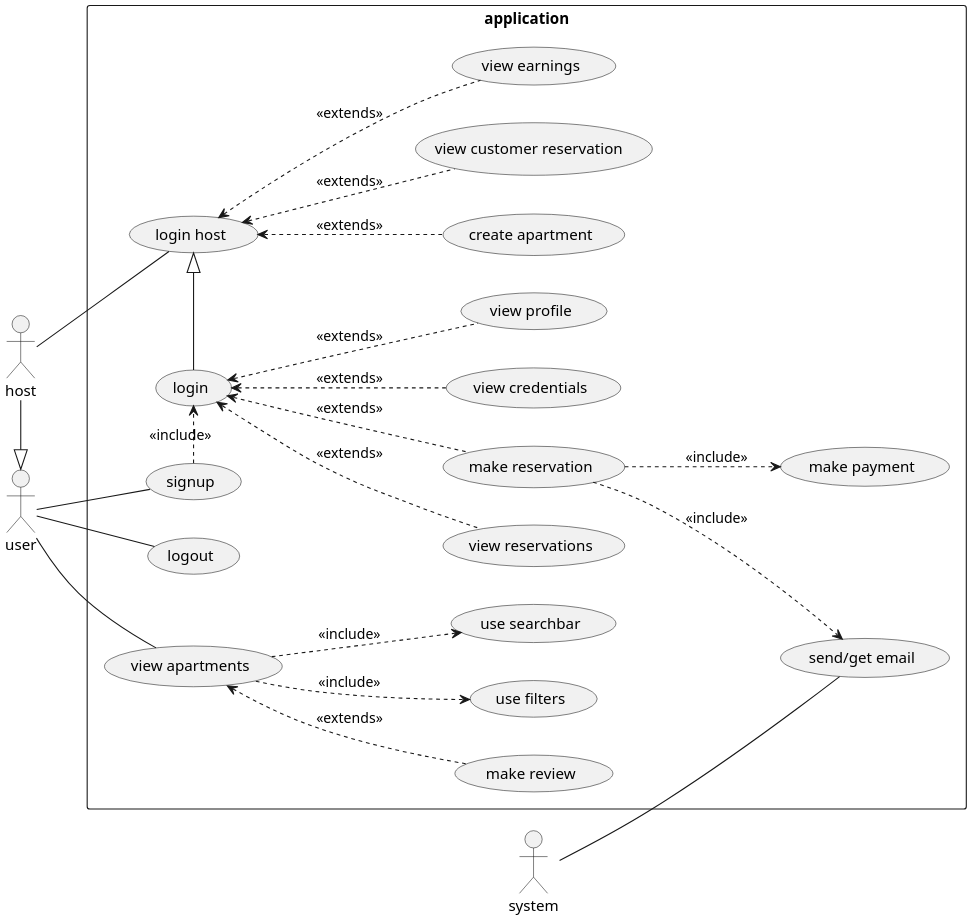
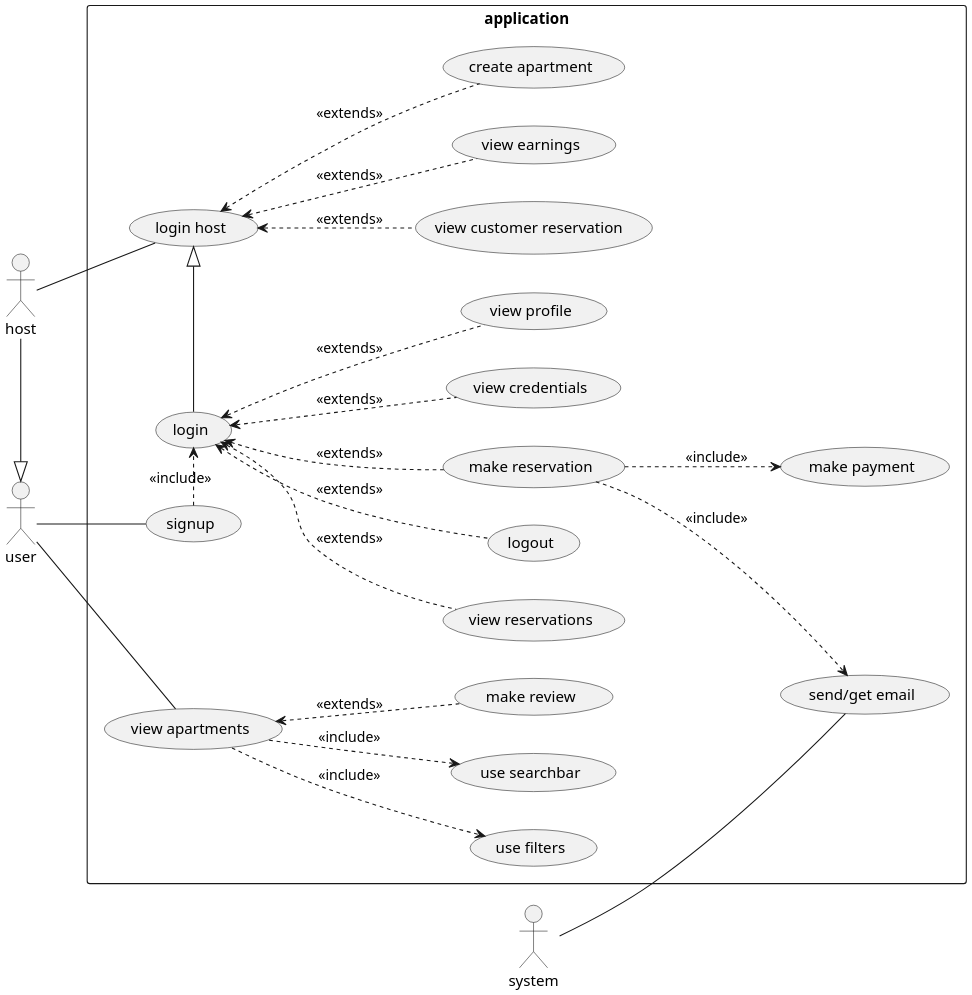
One commit to TommasoScalici/BnB changed the diagram in app-diagrams/usecase/application.wsd. Above: the diagram before and after it, drawn with PlantUML.

Commit message:
fixed usescases  diagram

```diff
--- a/app-diagrams/usecase/application.wsd
+++ b/app-diagrams/usecase/application.wsd
@@ -1,44 +1,44 @@
 @startuml application
 scale 2
 left to right direction
 skinparam packageStyle rect
 
 :user:
 :host:
 :system:
 
 rectangle "application" {  
 
 
 
     host -|> user
     
     (user) -- (signup)      
-    (user) -- (logout)  
     (user) -- (view apartments)
     host -- (login host)
 
     signup .>  (login): <<include>>
 
     login <.. (make reservation): <<extends>>
     (make reservation) ..> (make payment): <<include>>
     (make reservation) ..> (send/get email): <<include>>
     system -- (send/get email)
     login <.. (view credentials): <<extends>>
     login <.. (view profile): <<extends>>
     login <.. (view reservations): <<extends>>
+    (login) <.. (logout): <<extends>>
 
     login -|> (login host)
     (login host) <.. (view earnings): <<extends>>
     (login host) <.. (create apartment): <<extends>>
     (login host) <.. (view customer reservation ): <<extends>>
 
     'forse questi non ci vanno'
     (view apartments) ..> (use searchbar): <<include>>
     (view apartments) <.. (make review): <<extends>>
     (view apartments) ..> (use filters): <<include>>
     
     
 }
 
 @enduml
```
